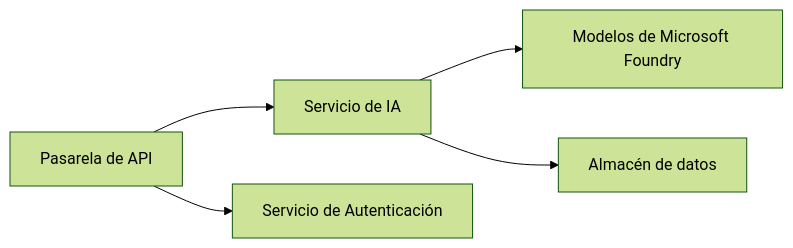
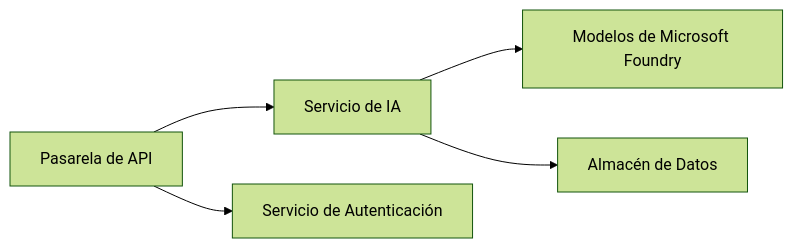
One commit to microsoft/AZD-for-beginners changed the first of 2 diagrams in translations/es/docs/chapter-08-production/README.md. Above: the diagram before and after it, drawn with Mermaid (forest theme). The commit also changed other lines of this file and 104 other files, not shown here.

````diff
--- a/translations/es/docs/chapter-08-production/README.md
+++ b/translations/es/docs/chapter-08-production/README.md
@@ -48,6 +48,6 @@
 ```mermaid
 graph LR
     Gateway[Pasarela de API] --> AI[Servicio de IA] --> Models[Modelos de Microsoft Foundry]
     Gateway --> Auth[Servicio de Autenticación]
-    AI --> Data[Almacén de datos]
+    AI --> Data[Almacén de Datos]
 ```
````
